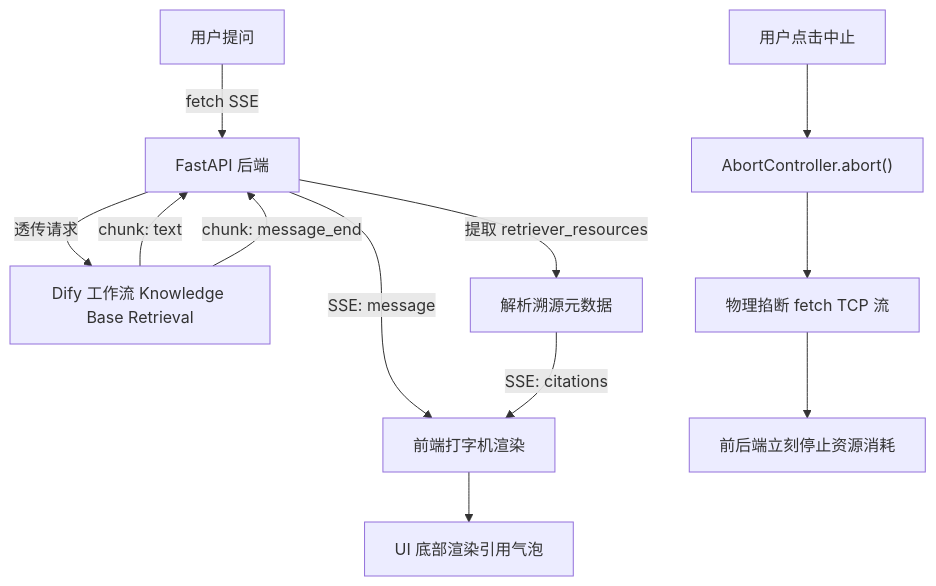
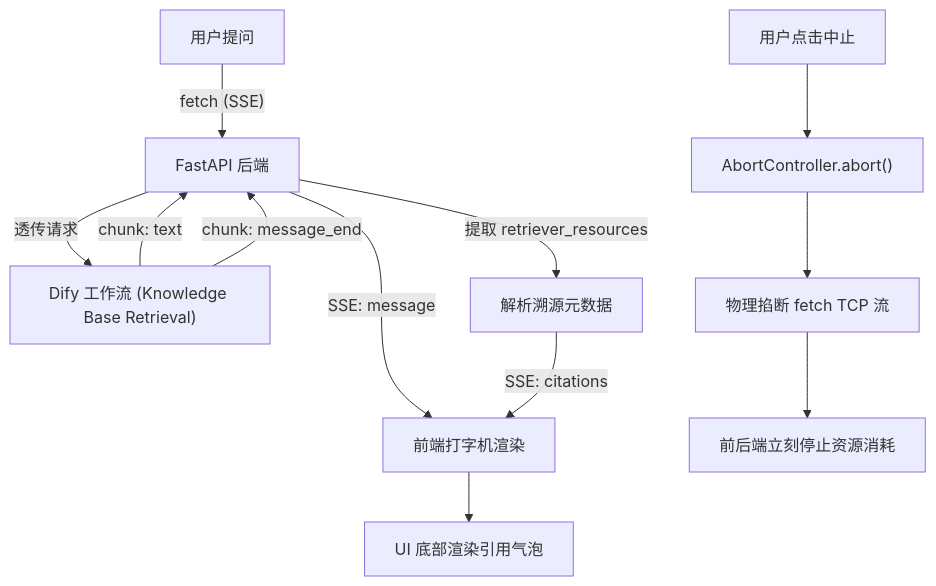
One commit to lisongjianustc/InsightGraph changed the sixth of 7 diagrams in Project_Documentation.md. Above: the diagram before and after it, drawn with Mermaid. The commit also changed other lines of this file and 1 other file, not shown here.

Commit message:
docs: rigorously fix mermaid diagram parsing errors by enforcing strict string quoting for node IDs, edge labels, and subgraph titles

````diff
--- a/Project_Documentation.md
+++ b/Project_Documentation.md
@@ -217,17 +217,17 @@
 ```mermaid
 graph TD
-    A[用户提问] -->|fetch SSE| B[FastAPI 后端]
-    B -->|透传请求| C[Dify 工作流 Knowledge Base Retrieval]
+    A["用户提问"] -->|"fetch (SSE)"| B["FastAPI 后端"]
+    B -->|"透传请求"| C["Dify 工作流 (Knowledge Base Retrieval)"]
     
-    C -->|chunk: text| B
-    B -->|SSE: message| D[前端打字机渲染]
+    C -->|"chunk: text"| B
+    B -->|"SSE: message"| D["前端打字机渲染"]
     
-    C -->|chunk: message_end| B
-    B -->|提取 retriever_resources| E[解析溯源元数据]
-    E -->|SSE: citations| D
-    D --> F[UI 底部渲染引用气泡]
+    C -->|"chunk: message_end"| B
+    B -->|"提取 retriever_resources"| E["解析溯源元数据"]
+    E -->|"SSE: citations"| D
+    D --> F["UI 底部渲染引用气泡"]
     
-    G[用户点击中止] --> H["AbortController.abort()"]
-    H --> I[物理掐断 fetch TCP 流]
-    I --> J[前后端立刻停止资源消耗]
+    G["用户点击中止"] --> H["AbortController.abort()"]
+    H --> I["物理掐断 fetch TCP 流"]
+    I --> J["前后端立刻停止资源消耗"]
 ```
````
